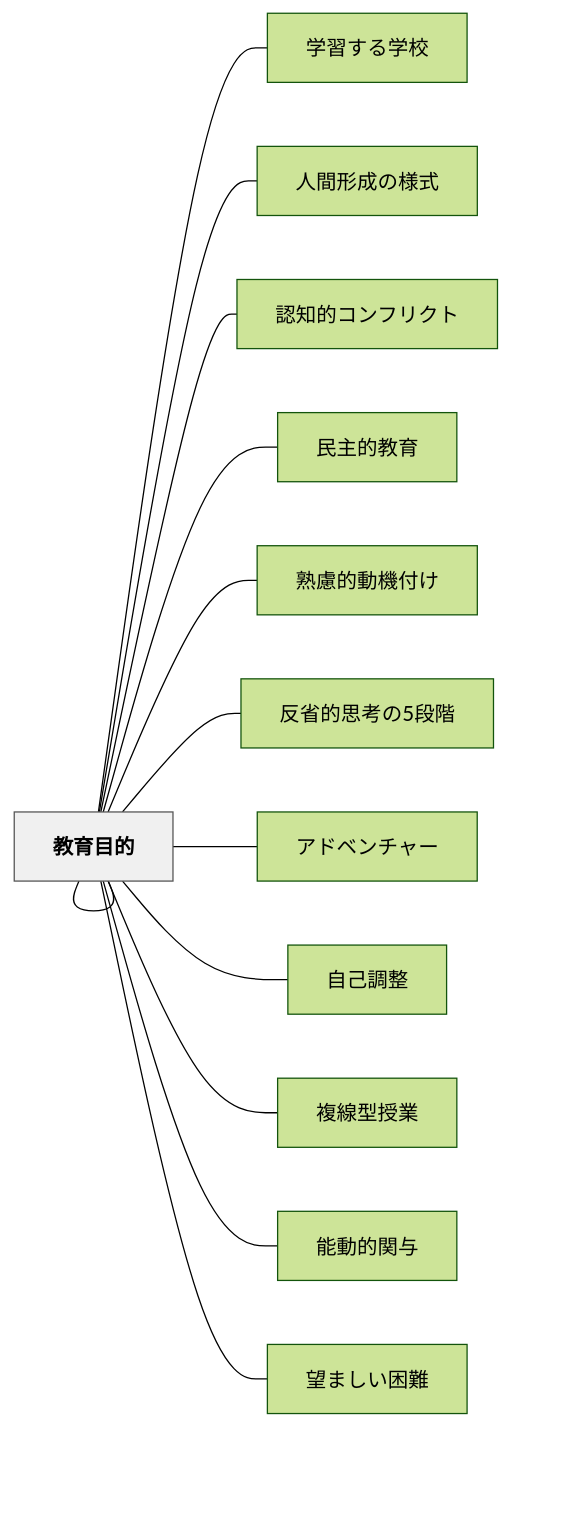
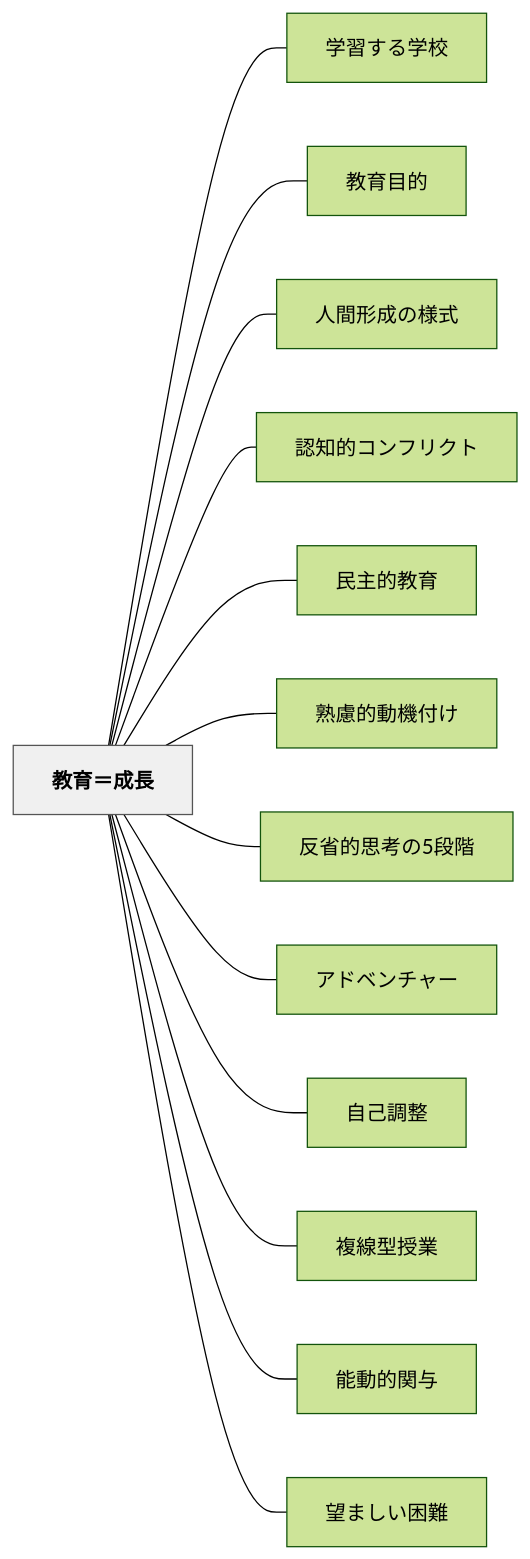
One commit to unknownthings-ed-patterns/unknownthings-ed-patterns changed the diagram in content/パタン/教育＝成長.md. Above: the diagram before and after it, drawn with Mermaid (forest theme). The commit also changed 527 other files, not shown here.

````diff
--- a/content/パタン/教育＝成長.md
+++ b/content/パタン/教育＝成長.md
@@ -145,32 +145,32 @@
 ```mermaid
 flowchart LR
-    ne69599e882b2["教育＝成長"]
-    ne5ada6e7bf92["学習する学校"]
-    ne69599e882b2["教育目的"]
-    ne4babae99693["人間形成の様式"]
-    ne8aa8de79fa5["認知的コンフリクト"]
-    ne6b091e4b8bb["民主的教育"]
-    ne7869fe685ae["熟慮的動機付け"]
-    ne58f8de79c81["反省的思考の5段階"]
-    ne382a2e38389["アドベンチャー"]
-    ne887aae5b7b1["自己調整"]
-    ne8a487e7b79a["複線型授業"]
-    ne883bde58b95["能動的関与"]
-    ne69c9be381be["望ましい困難"]
+    ne69599e882b2efbc9de68890e995b7["教育＝成長"]
+    ne5ada6e7bf92e38199e3828be5ada6e6a0a1["学習する学校"]
+    ne69599e882b2e79baee79a84["教育目的"]
+    ne4babae99693e5bda2e68890e381aee6a798e5bc8f["人間形成の様式"]
+    ne8aa8de79fa5e79a84e382b3e383b3e38395e383aae382afe38388["認知的コンフリクト"]
+    ne6b091e4b8bbe79a84e69599e882b2["民主的教育"]
+    ne7869fe685aee79a84e58b95e6a99fe4bb98e38191["熟慮的動機付け"]
+    ne58f8de79c81e79a84e6809de88083e381ae35e6aeb5e99a8e["反省的思考の5段階"]
+    ne382a2e38389e38399e383b3e38381e383a3e383bc["アドベンチャー"]
+    ne887aae5b7b1e8aabfe695b4["自己調整"]
+    ne8a487e7b79ae59e8be68e88e6a5ad["複線型授業"]
+    ne883bde58b95e79a84e996a2e4b88e["能動的関与"]
+    ne69c9be381bee38197e38184e59bb0e99ba3["望ましい困難"]
 
-    ne69599e882b2 --- ne5ada6e7bf92
-    ne69599e882b2 --- ne69599e882b2
-    ne69599e882b2 --- ne4babae99693
-    ne69599e882b2 --- ne8aa8de79fa5
-    ne69599e882b2 --- ne6b091e4b8bb
-    ne69599e882b2 --- ne7869fe685ae
-    ne69599e882b2 --- ne58f8de79c81
-    ne69599e882b2 --- ne382a2e38389
-    ne69599e882b2 --- ne887aae5b7b1
-    ne69599e882b2 --- ne8a487e7b79a
-    ne69599e882b2 --- ne883bde58b95
-    ne69599e882b2 --- ne69c9be381be
+    ne69599e882b2efbc9de68890e995b7 --- ne5ada6e7bf92e38199e3828be5ada6e6a0a1
+    ne69599e882b2efbc9de68890e995b7 --- ne69599e882b2e79baee79a84
+    ne69599e882b2efbc9de68890e995b7 --- ne4babae99693e5bda2e68890e381aee6a798e5bc8f
+    ne69599e882b2efbc9de68890e995b7 --- ne8aa8de79fa5e79a84e382b3e383b3e38395e383aae382afe38388
+    ne69599e882b2efbc9de68890e995b7 --- ne6b091e4b8bbe79a84e69599e882b2
+    ne69599e882b2efbc9de68890e995b7 --- ne7869fe685aee79a84e58b95e6a99fe4bb98e38191
+    ne69599e882b2efbc9de68890e995b7 --- ne58f8de79c81e79a84e6809de88083e381ae35e6aeb5e99a8e
+    ne69599e882b2efbc9de68890e995b7 --- ne382a2e38389e38399e383b3e38381e383a3e383bc
+    ne69599e882b2efbc9de68890e995b7 --- ne887aae5b7b1e8aabfe695b4
+    ne69599e882b2efbc9de68890e995b7 --- ne8a487e7b79ae59e8be68e88e6a5ad
+    ne69599e882b2efbc9de68890e995b7 --- ne883bde58b95e79a84e996a2e4b88e
+    ne69599e882b2efbc9de68890e995b7 --- ne69c9be381bee38197e38184e59bb0e99ba3
 
     classDef hub fill:#f0f0f0,stroke:#555,color:#000,font-weight:bold
-    class ne69599e882b2 hub
+    class ne69599e882b2efbc9de68890e995b7 hub
 ```
````
